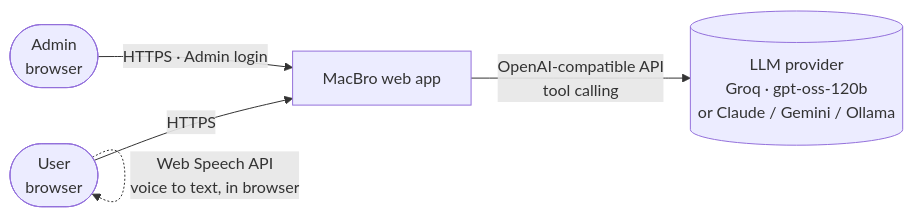
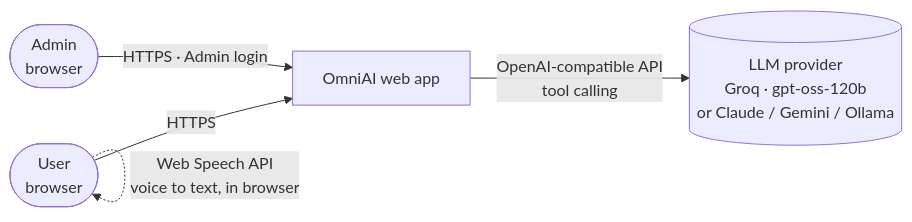
Before and after one commit to NeoAnushka21/tracker_poc: the first of 6 diagrams in docs/hld.md, drawn with Mermaid. The commit also changed other lines of this file and 22 other files, not shown here.

First line of the commit message:
Rename the app to OmniAI (placeholder OAI logo); MacBro stays as the chat assistant

````diff
--- a/docs/hld.md
+++ b/docs/hld.md
@@ -20,7 +20,7 @@
 ```mermaid
 flowchart LR
-    U([User<br/>browser]) -->|HTTPS| APP[MacBro web app]
+    U([User<br/>browser]) -->|HTTPS| APP[OmniAI web app]
     A([Admin<br/>browser]) -->|HTTPS · Admin login| APP
     APP -->|OpenAI-compatible API<br/>tool calling| LLM[(LLM provider<br/>Groq · gpt-oss-120b<br/>or Claude / Gemini / Ollama)]
     U -.->|Web Speech API<br/>voice to text, in browser| U
 ```
````
